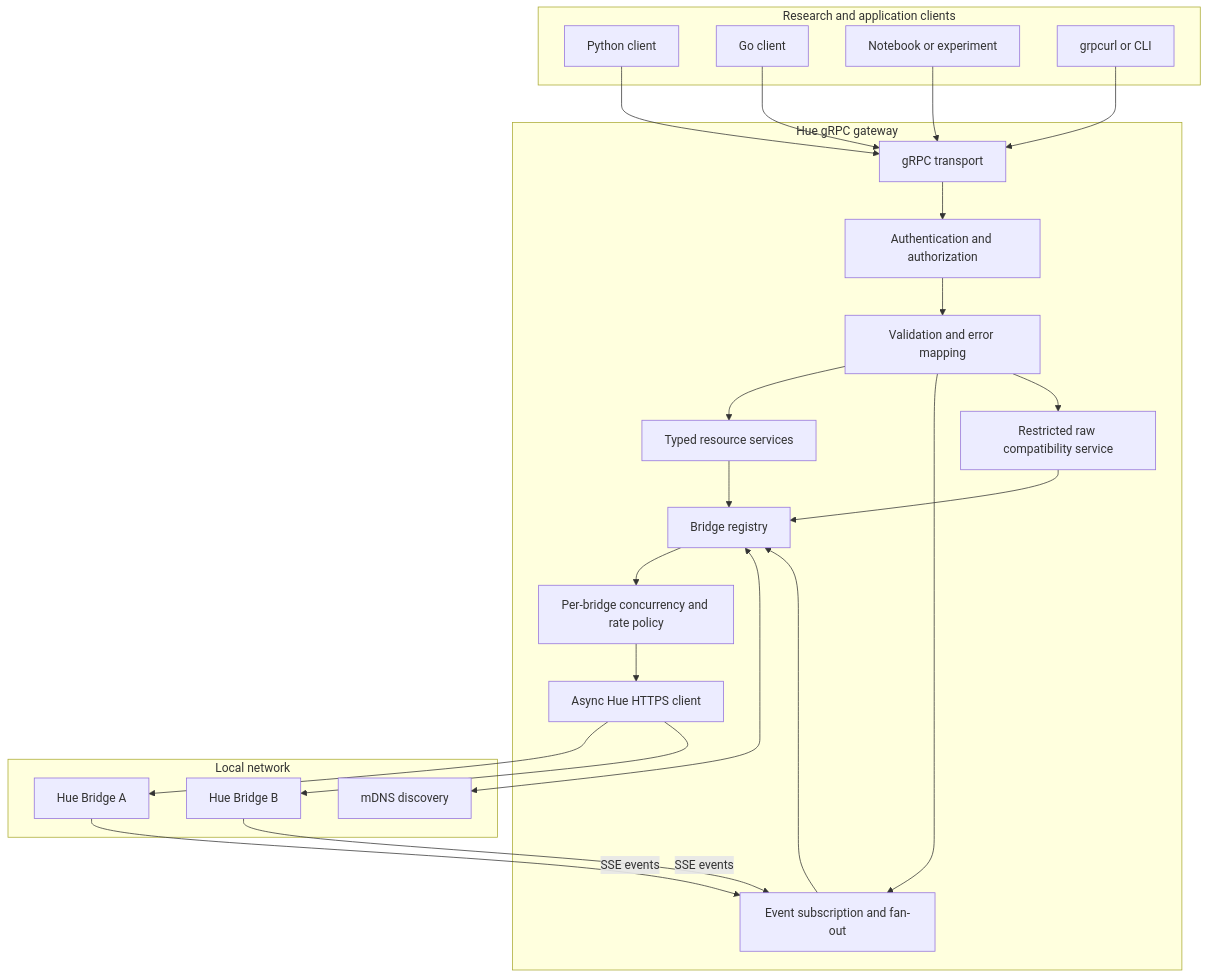
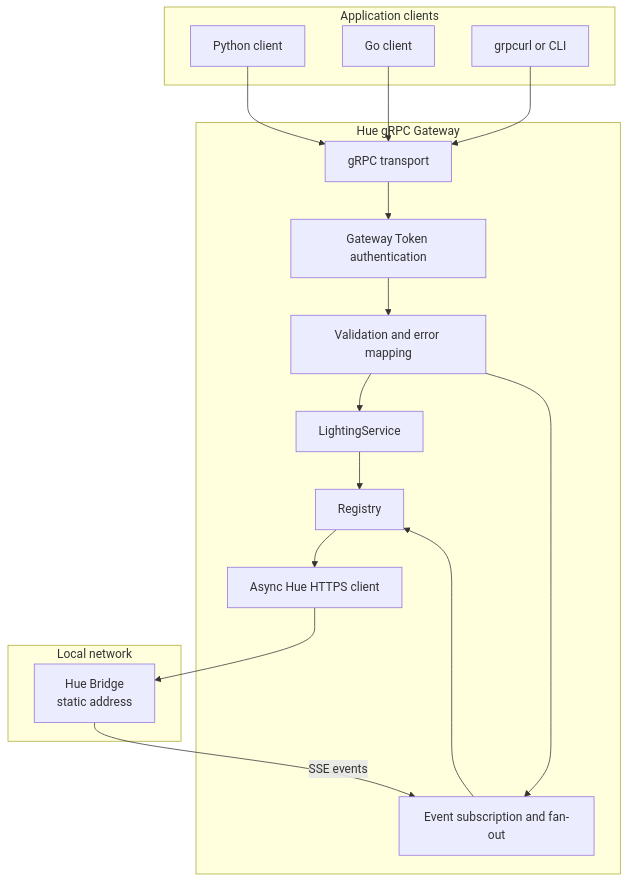
Before and after one commit to malamoney/hue: the first of 9 diagrams in philips-hue-grpc-nixos-plan.md, drawn with Mermaid. The commit also changed other lines of this file, not shown here.

````diff
--- a/philips-hue-grpc-nixos-plan.md
+++ b/philips-hue-grpc-nixos-plan.md
@@ -156,45 +108,34 @@
 ```mermaid
 flowchart TB
-    subgraph Clients[Research and application clients]
+    subgraph Clients[Application clients]
         PY[Python client]
         GO[Go client]
-        NB[Notebook or experiment]
         CLI[grpcurl or CLI]
     end
 
-    subgraph Gateway[Hue gRPC gateway]
+    subgraph Gateway[Hue gRPC Gateway]
         GRPC[gRPC transport]
-        AUTH[Authentication and authorization]
+        AUTH[Gateway Token authentication]
         VALID[Validation and error mapping]
-        SERVICES[Typed resource services]
+        SERVICES[LightingService]
         EVENTS[Event subscription and fan-out]
-        RAW[Restricted raw compatibility service]
-        REG[Bridge registry]
-        LIMIT[Per-bridge concurrency and rate policy]
+        REG[Registry]
         HTTP[Async Hue HTTPS client]
     end
 
     subgraph Network[Local network]
-        B1[Hue Bridge A]
-        B2[Hue Bridge B]
-        MDNS[mDNS discovery]
+        B[Hue Bridge<br/>static address]
     end
 
     PY --> GRPC
     GO --> GRPC
-    NB --> GRPC
     CLI --> GRPC
     GRPC --> AUTH --> VALID
     VALID --> SERVICES
     VALID --> EVENTS
-    VALID --> RAW
     SERVICES --> REG
     EVENTS --> REG
-    RAW --> REG
-    REG --> LIMIT --> HTTP
-    HTTP --> B1
-    HTTP --> B2
-    REG <--> MDNS
-    B1 -- SSE events --> EVENTS
-    B2 -- SSE events --> EVENTS
+    REG --> HTTP
+    HTTP --> B
+    B -- SSE events --> EVENTS
 ```
````
